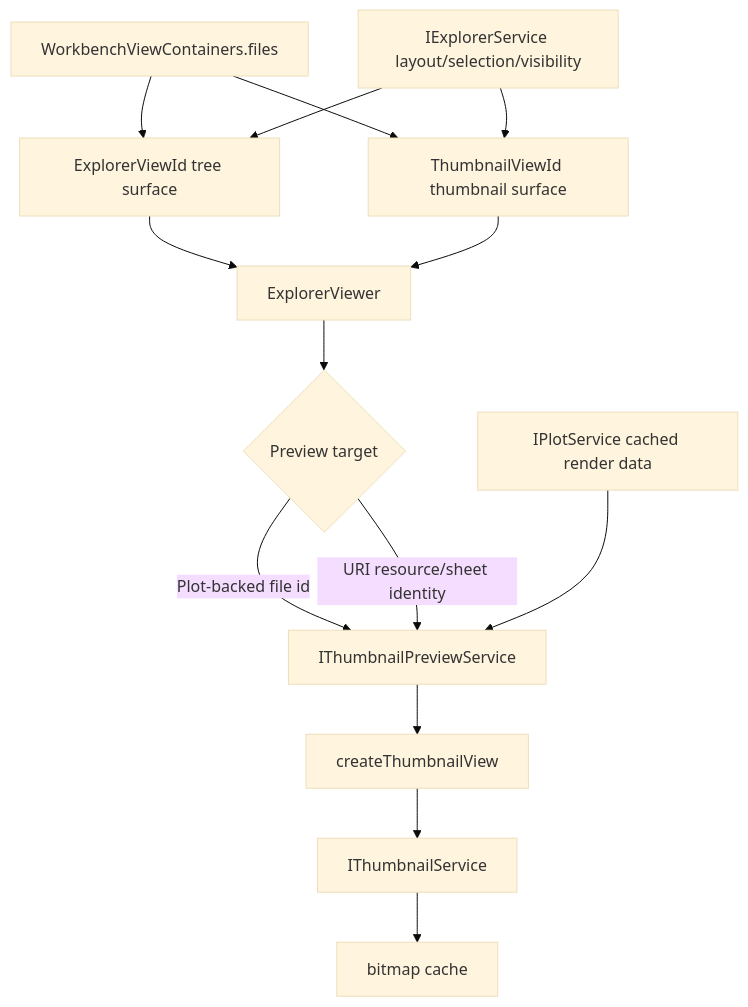
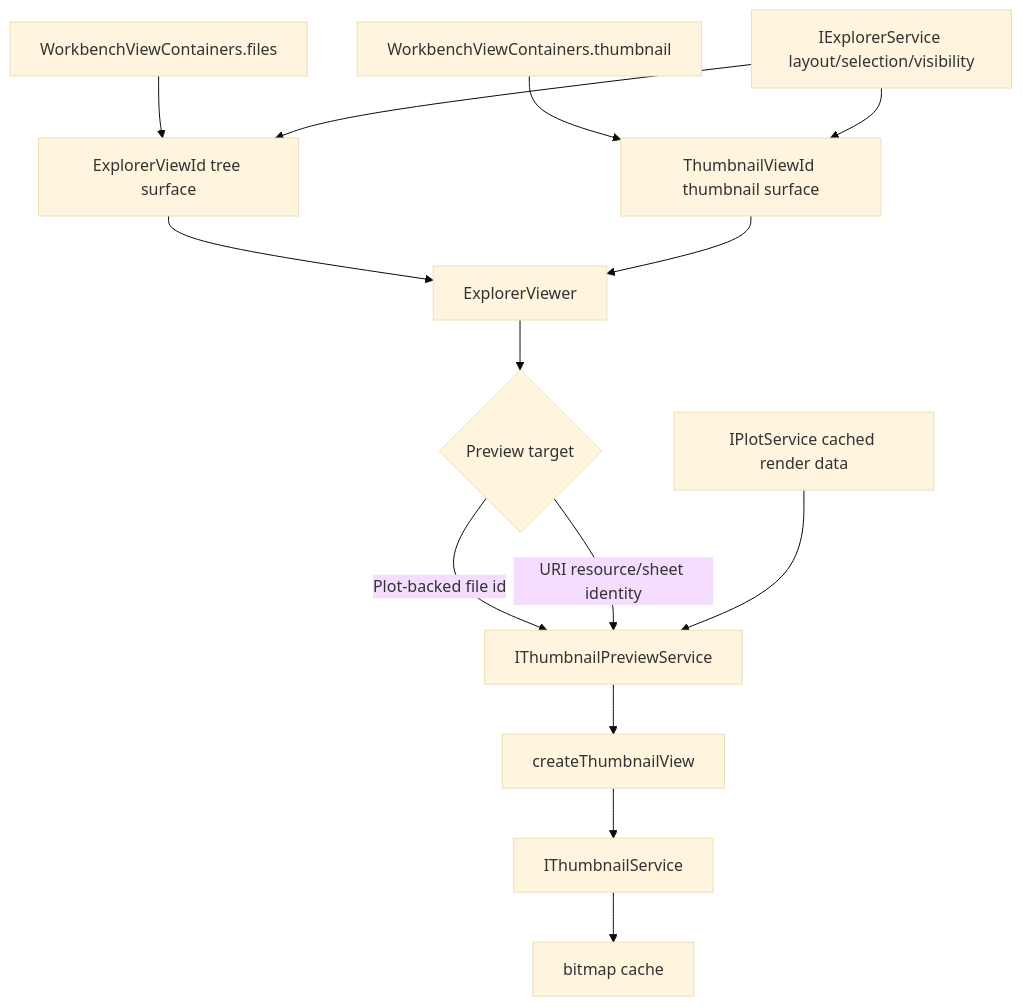
One commit to chogng/conductor changed the diagram in .github/instructions/thumbnail.instructions.md. Above: the diagram before and after it, drawn with Mermaid (base theme). The commit also changed other lines of this file and 20 other files, not shown here.

Commit message:
Split workbench views into dedicated containers

````diff
--- a/.github/instructions/thumbnail.instructions.md
+++ b/.github/instructions/thumbnail.instructions.md
@@ -85,16 +85,16 @@
 ```mermaid
 flowchart TD
     WorkbenchFilesContainer[WorkbenchViewContainers.files] --> ExplorerSurface[ExplorerViewId tree surface]
-    WorkbenchFilesContainer --> ThumbnailSurface[ThumbnailViewId thumbnail surface]
+    WorkbenchThumbnailContainer[WorkbenchViewContainers.thumbnail] --> ThumbnailSurface[ThumbnailViewId thumbnail surface]
     ExplorerService[IExplorerService layout/selection/visibility] --> ExplorerSurface
     ExplorerService --> ThumbnailSurface
     ExplorerSurface --> ExplorerViewer[ExplorerViewer]
     ThumbnailSurface --> ExplorerViewer
     ExplorerViewer --> PreviewTarget{Preview target}
     PreviewTarget -->|Plot-backed file id| ThumbnailPreviewService[IThumbnailPreviewService]
     PreviewTarget -->|URI resource/sheet identity| ThumbnailPreviewService
     Plot[IPlotService cached render data] --> ThumbnailPreviewService
     ThumbnailPreviewService --> ThumbnailView[createThumbnailView]
     ThumbnailView --> ThumbnailService[IThumbnailService]
     ThumbnailService --> Cache[bitmap cache]
 ```
````
